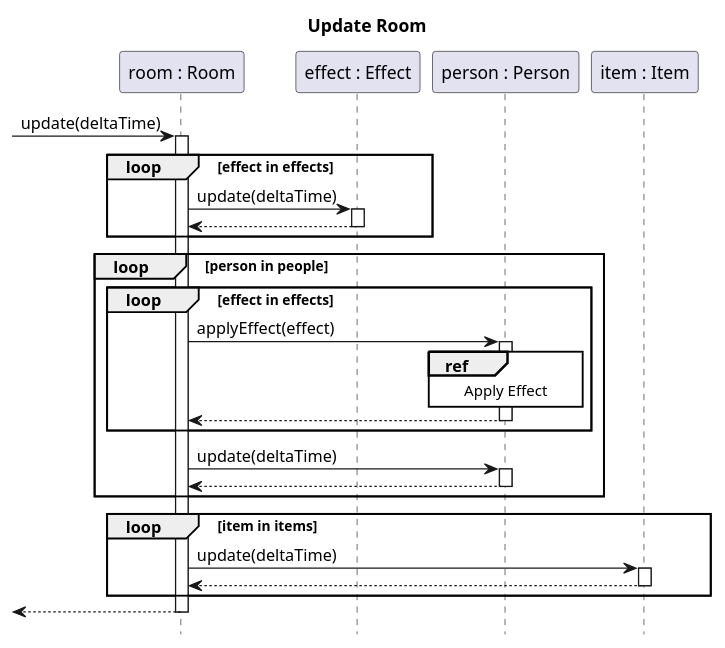
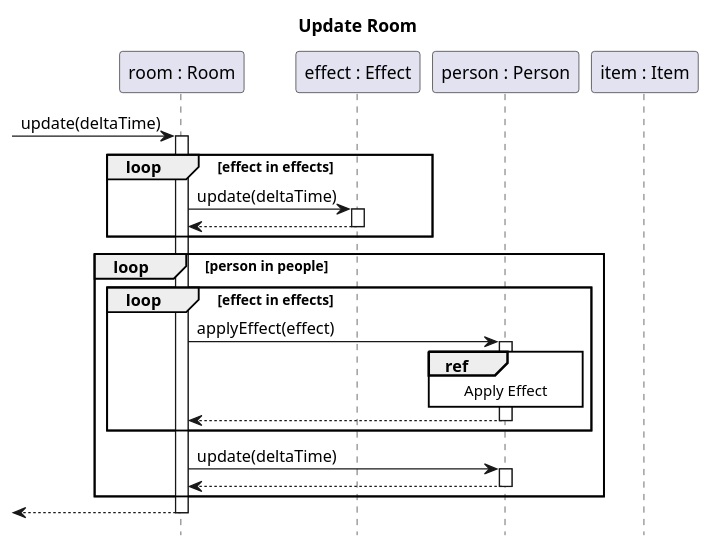
One commit to sn4k3ch4rm3r/logarlec changed the diagram in docs/diagrams/sequence/room-update.puml. Above: the diagram before and after it, drawn with PlantUML. The commit also changed 3 other files, not shown here.

```diff
--- a/docs/diagrams/sequence/room-update.puml
+++ b/docs/diagrams/sequence/room-update.puml
@@ -1,32 +1,28 @@
 @startuml room-update
 title Update Room
 hide footbox
 autoactivate on
 skinparam SequenceReferenceBackgroundColor white
 
 participant "room : Room" as room
 participant "effect : Effect" as effect
 participant "person : Person" as person
 participant "item : Item" as item
 
 [-> room : update(deltaTime)
-loop effect in effects
-	room -> effect : update(deltaTime)
-	return
-end
-loop person in people
 	loop effect in effects
-		room -> person ++: applyEffect(effect)
-			ref over person: Apply Effect
+		room -> effect : update(deltaTime)
 		return
 	end
-	room -> person : update(deltaTime)
-	return
-end
-loop item in items
-	room -> item : update(deltaTime)
-	return
-end
+	loop person in people
+		loop effect in effects
+			room -> person ++: applyEffect(effect)
+				ref over person: Apply Effect
+			return
+		end
+		room -> person : update(deltaTime)
+		return
+	end
 return
 
 @enduml
```
